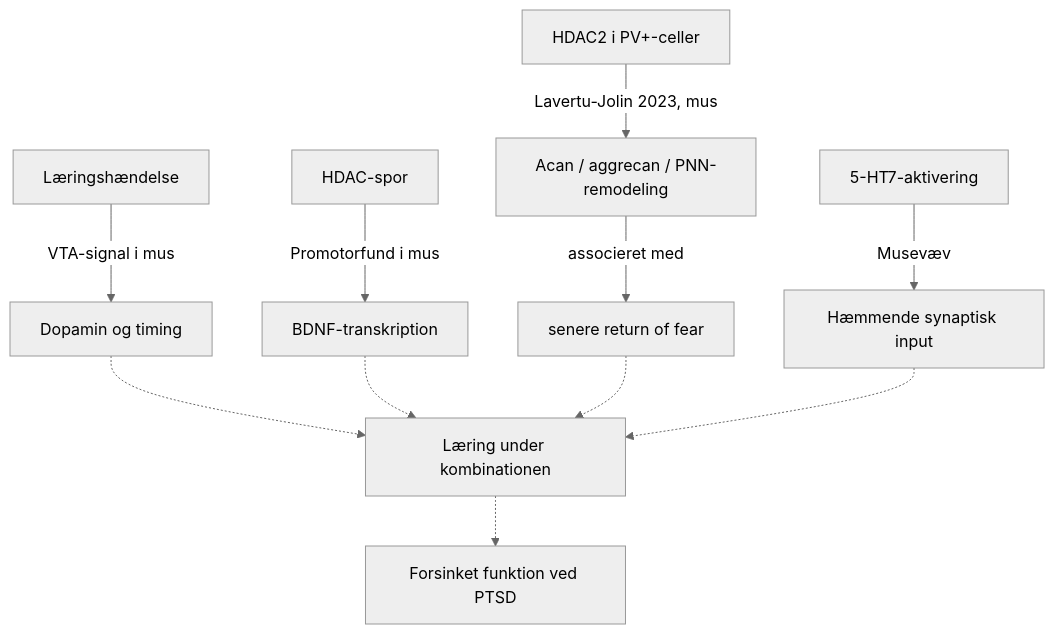
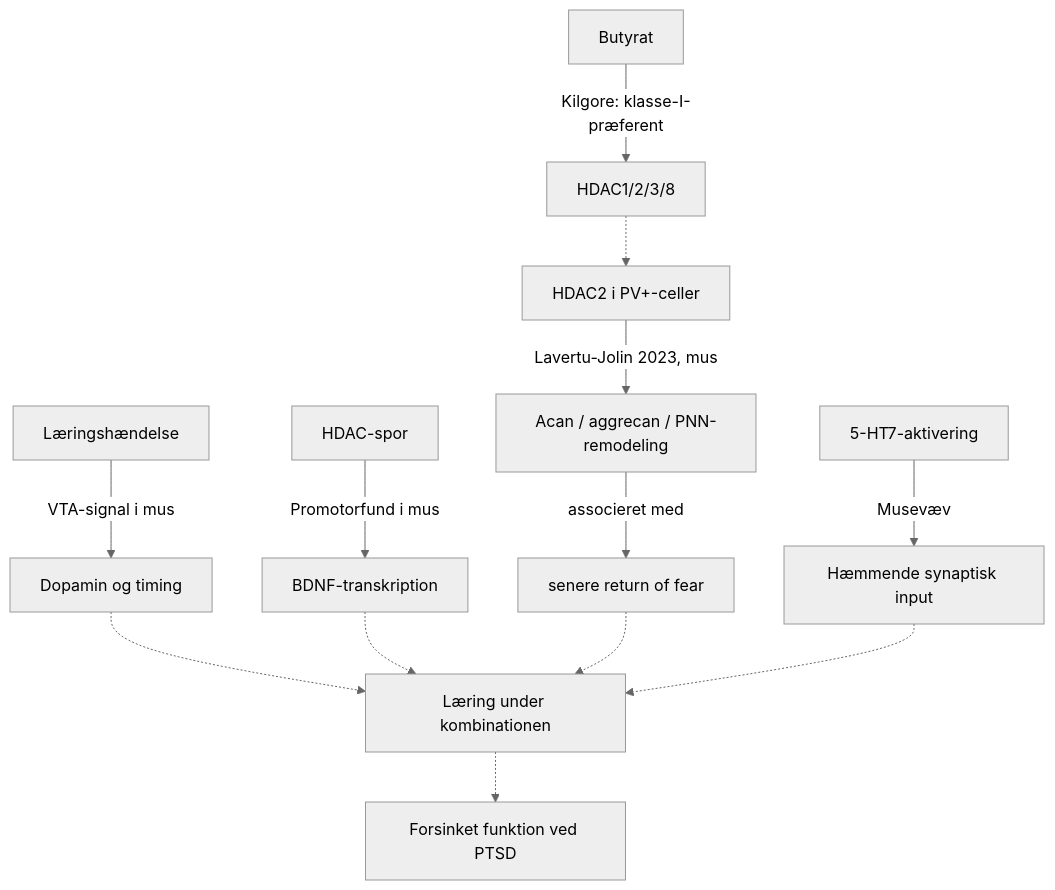
One commit to jekidev/Fearprime_03 changed the diagram in 02_MECHANISMS/HDAC_BDNF_5HT7_DOPAMINE.md. Above: the diagram before and after it, drawn with Mermaid (neutral theme). The commit also changed other lines of this file, not shown here.

Commit message:
Integrate butyrate HDAC isoform selectivity and formulation evidence

````diff
--- a/02_MECHANISMS/HDAC_BDNF_5HT7_DOPAMINE.md
+++ b/02_MECHANISMS/HDAC_BDNF_5HT7_DOPAMINE.md
@@ -109,13 +146,15 @@
 ```mermaid
 flowchart TD
   A["Læringshændelse"] -->|"VTA-signal i mus"| B["Dopamin og timing"]
   C["HDAC-spor"] -->|"Promotorfund i mus"| D["BDNF-transkription"]
-  C2["HDAC2 i PV+-celler"] -->|"Lavertu-Jolin 2023, mus"| P["Acan / aggrecan / PNN-remodeling"]
+  X["Butyrat"] -->|"Kilgore: klasse-I-præferent"| Y["HDAC1/2/3/8"]
+  Y -.-> C2["HDAC2 i PV+-celler"]
+  C2 -->|"Lavertu-Jolin 2023, mus"| P["Acan / aggrecan / PNN-remodeling"]
   P -->|"associeret med"| R["senere return of fear"]
   E["5-HT7-aktivering"] -->|"Musevæv"| F["Hæmmende synaptisk input"]
   B -.-> G["Læring under kombinationen"]
   D -.-> G
   R -.-> G
   F -.-> G
   G -.-> H["Forsinket funktion ved PTSD"]
 ```
````
